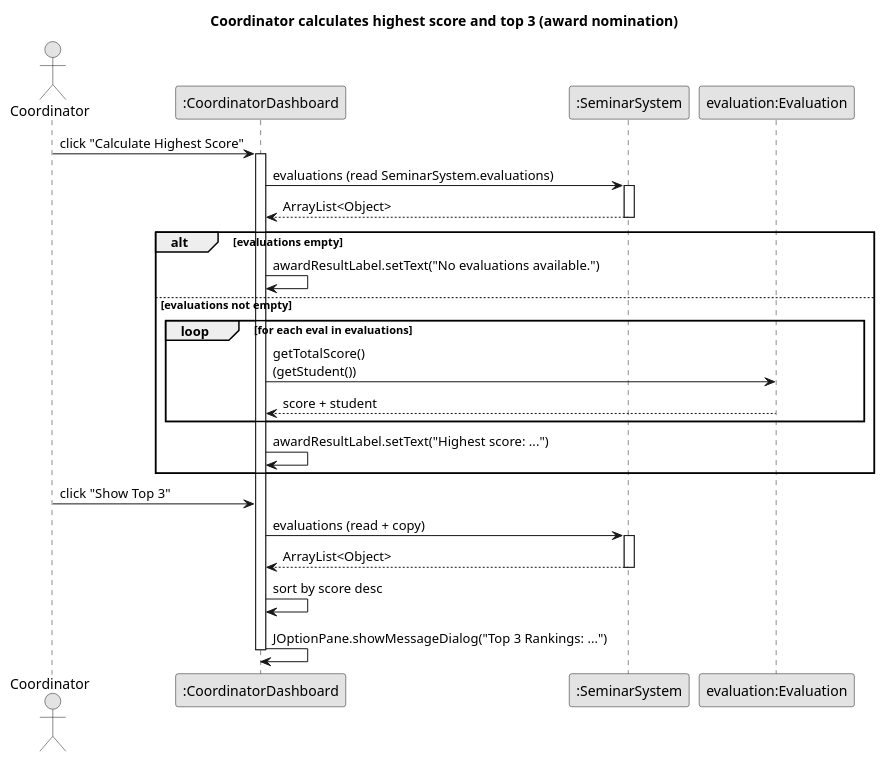
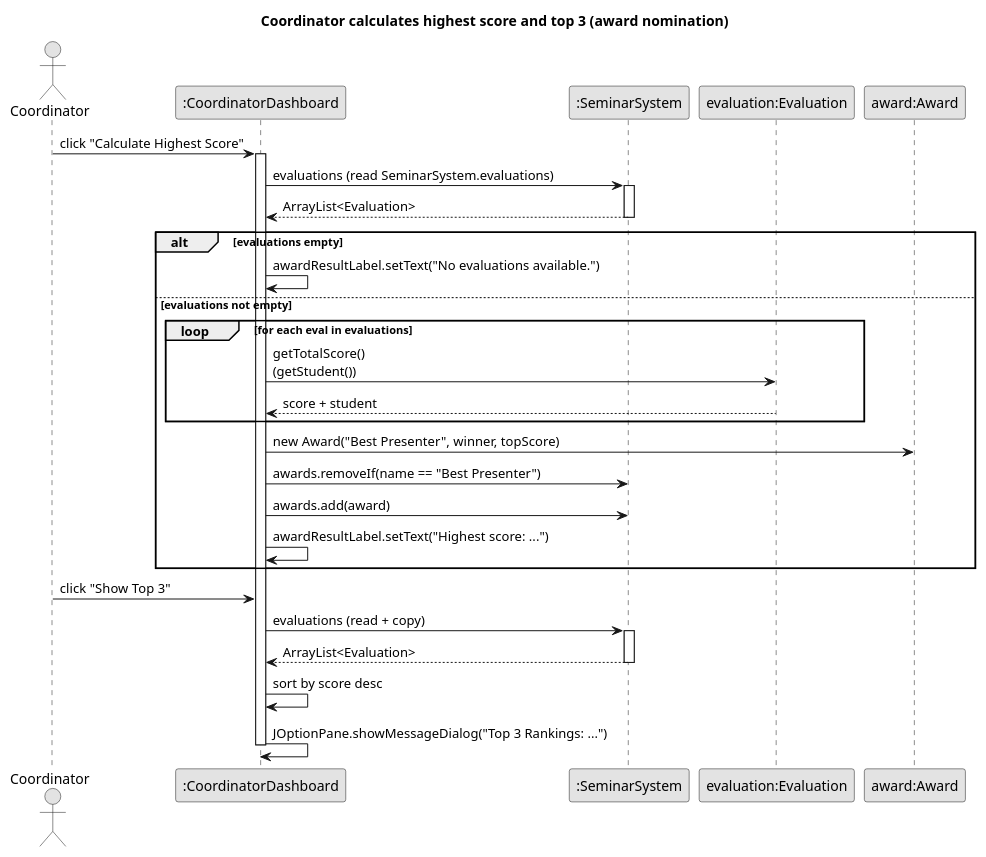
Before and after one commit to flash-rizz/Seminar-system: the diagram in diagrams/sequence/07-coordinator-award-nomination.puml, drawn with PlantUML. The commit also changed other lines of this file and 10 other files, not shown here.

Commit message:
Implement Award and Report modules and sync UML

```diff
--- a/diagrams/sequence/07-coordinator-award-nomination.puml
+++ b/diagrams/sequence/07-coordinator-award-nomination.puml
@@ -1,38 +1,42 @@
 @startuml
 skinparam monochrome true
 skinparam shadowing false
 
 title Coordinator calculates highest score and top 3 (award nomination)
 
 actor "Coordinator" as coordActor
 participant ":CoordinatorDashboard" as dash
 participant ":SeminarSystem" as sys
 participant "evaluation:Evaluation" as eval
+participant "award:Award" as award
 
 coordActor -> dash : click "Calculate Highest Score"
 activate dash
 dash -> sys : evaluations (read SeminarSystem.evaluations)
 activate sys
-sys --> dash : ArrayList<Object>
+sys --> dash : ArrayList<Evaluation>
 deactivate sys
 
 alt evaluations empty
   dash -> dash : awardResultLabel.setText("No evaluations available.")
 else evaluations not empty
   loop for each eval in evaluations
     dash -> eval : getTotalScore()\n(getStudent())
     eval --> dash : score + student
   end
+  dash -> award : new Award("Best Presenter", winner, topScore)
+  dash -> sys : awards.removeIf(name == "Best Presenter")
+  dash -> sys : awards.add(award)
   dash -> dash : awardResultLabel.setText("Highest score: ...")
 end
 
 coordActor -> dash : click "Show Top 3"
 dash -> sys : evaluations (read + copy)
 activate sys
-sys --> dash : ArrayList<Object>
+sys --> dash : ArrayList<Evaluation>
 deactivate sys
 dash -> dash : sort by score desc
 dash -> dash : JOptionPane.showMessageDialog("Top 3 Rankings: ...")
 
 deactivate dash
 @enduml
```
